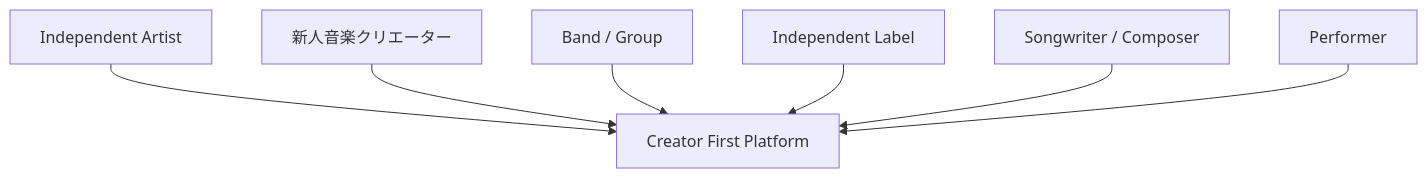
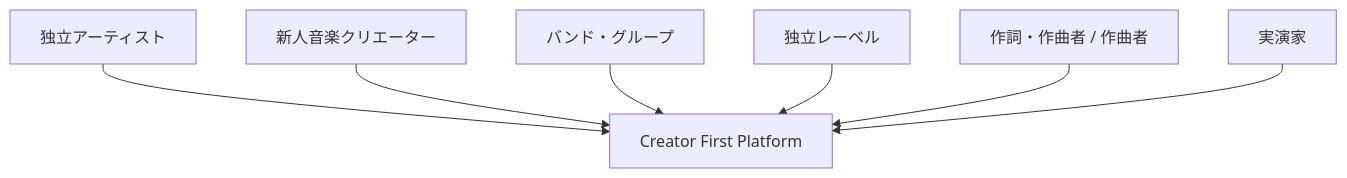
The second of 29 diagrams in docs/whitepaper/05-creator-onboarding.md (ShigeichiroYamasaki/creator-first-platform), drawn with Mermaid before and after one commit. The commit also changed other lines of this file and 72 other files, not shown here.

````diff
--- a/docs/whitepaper/05-creator-onboarding.md
+++ b/docs/whitepaper/05-creator-onboarding.md
@@ -75,11 +75,11 @@
 ```mermaid
 flowchart TD
     CFP[Creator First Platform]
 
-    INDIE[Independent Artist] --> CFP
+    INDIE[独立アーティスト] --> CFP
     NEW[新人音楽クリエーター] --> CFP
-    BAND[Band / Group] --> CFP
-    LABEL[Independent Label] --> CFP
-    WRITER[Songwriter / Composer] --> CFP
-    PERF[Performer] --> CFP
+    BAND[バンド・グループ] --> CFP
+    LABEL[独立レーベル] --> CFP
+    WRITER[作詞・作曲者 / 作曲者] --> CFP
+    PERF[実演家] --> CFP
 ```
````
